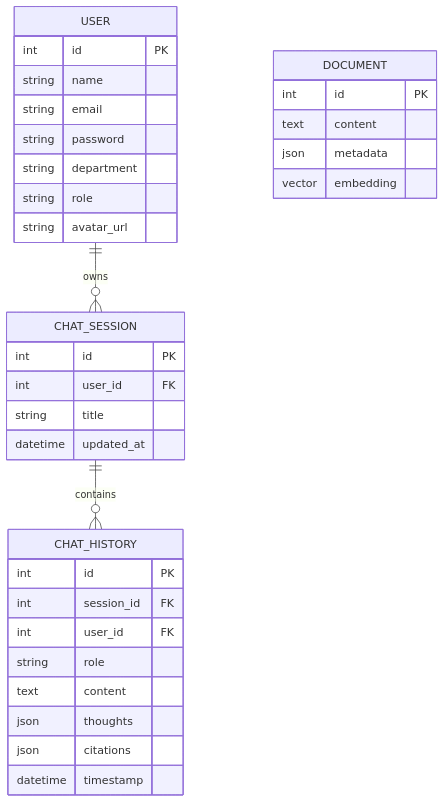
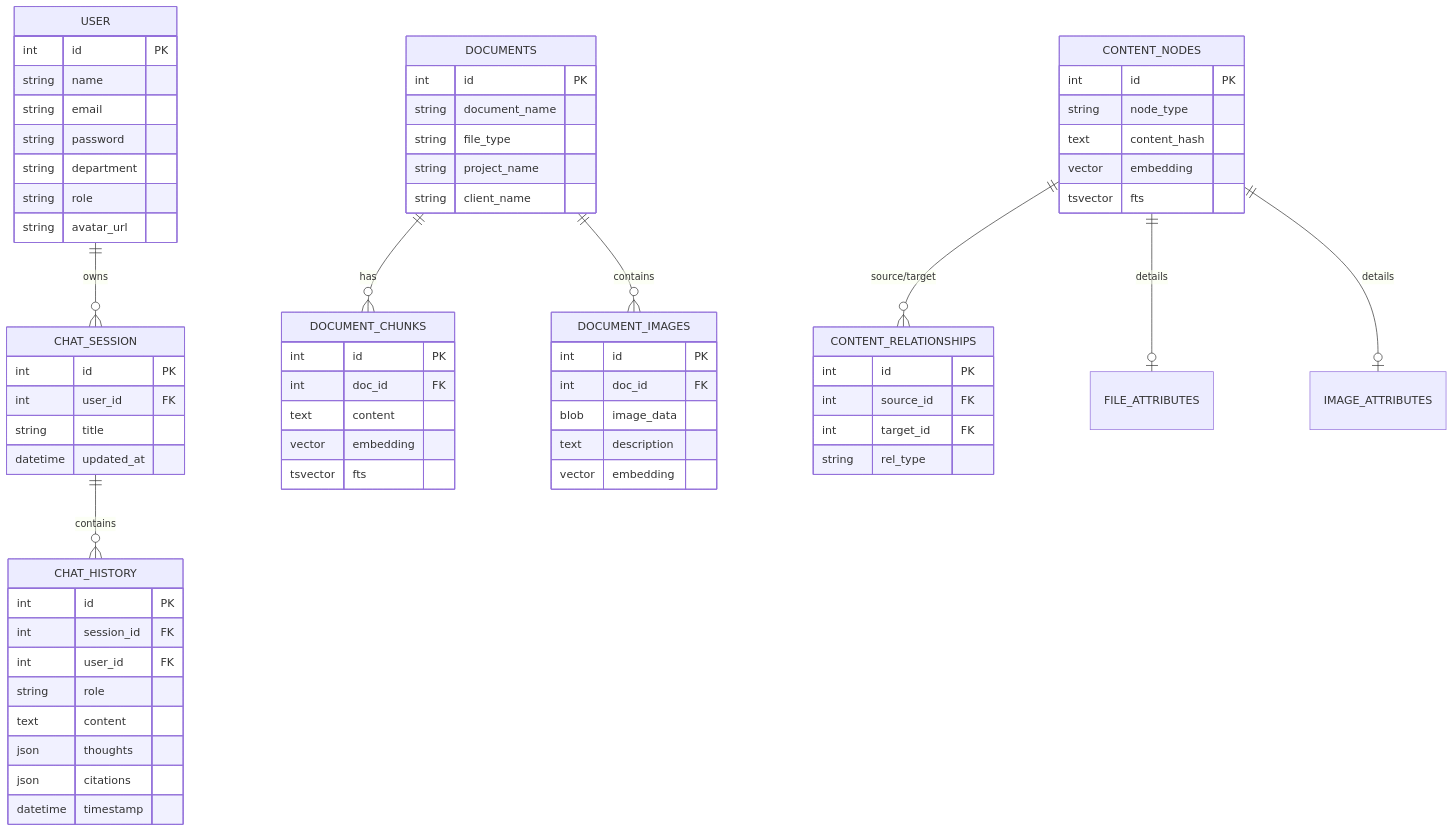
Before and after one commit to watcharaponthod-code/rag-chat: the diagram in README.md, drawn with Mermaid. The commit also changed other lines of this file, not shown here.

Commit message:
docs: include comprehensive database schema from uploader/embedding-rag system

````diff
--- a/README.md
+++ b/README.md
@@ -28,36 +30,74 @@
 ```mermaid
 erDiagram
+    %% Chat and User Management
     USER ||--o{ CHAT_SESSION : "owns"
     USER {
         int id PK
         string name
         string email
         string password
         string department
         string role
         string avatar_url
     }
     CHAT_SESSION ||--o{ CHAT_HISTORY : "contains"
     CHAT_SESSION {
         int id PK
         int user_id FK
         string title
         datetime updated_at
     }
     CHAT_HISTORY {
         int id PK
         int session_id FK
         int user_id FK
         string role
         text content
         json thoughts
         json citations
         datetime timestamp
     }
-    DOCUMENT {
+
+    %% Document and RAG Management
+    DOCUMENTS ||--o{ DOCUMENT_CHUNKS : "has"
+    DOCUMENTS ||--o{ DOCUMENT_IMAGES : "contains"
+    DOCUMENTS {
         int id PK
+        string document_name
+        string file_type
+        string project_name
+        string client_name
+    }
+    DOCUMENT_CHUNKS {
+        int id PK
+        int doc_id FK
         text content
-        json metadata
+        vector embedding
+        tsvector fts
+    }
+    DOCUMENT_IMAGES {
+        int id PK
+        int doc_id FK
+        blob image_data
+        text description
         vector embedding
     }
+
+    %% Unified Content/Graph Layer
+    CONTENT_NODES ||--o{ CONTENT_RELATIONSHIPS : "source/target"
+    CONTENT_NODES ||--o| FILE_ATTRIBUTES : "details"
+    CONTENT_NODES ||--o| IMAGE_ATTRIBUTES : "details"
+    CONTENT_NODES {
+        int id PK
+        string node_type
+        text content_hash
+        vector embedding
+        tsvector fts
+    }
+    CONTENT_RELATIONSHIPS {
+        int id PK
+        int source_id FK
+        int target_id FK
+        string rel_type
+    }
 ```
````
